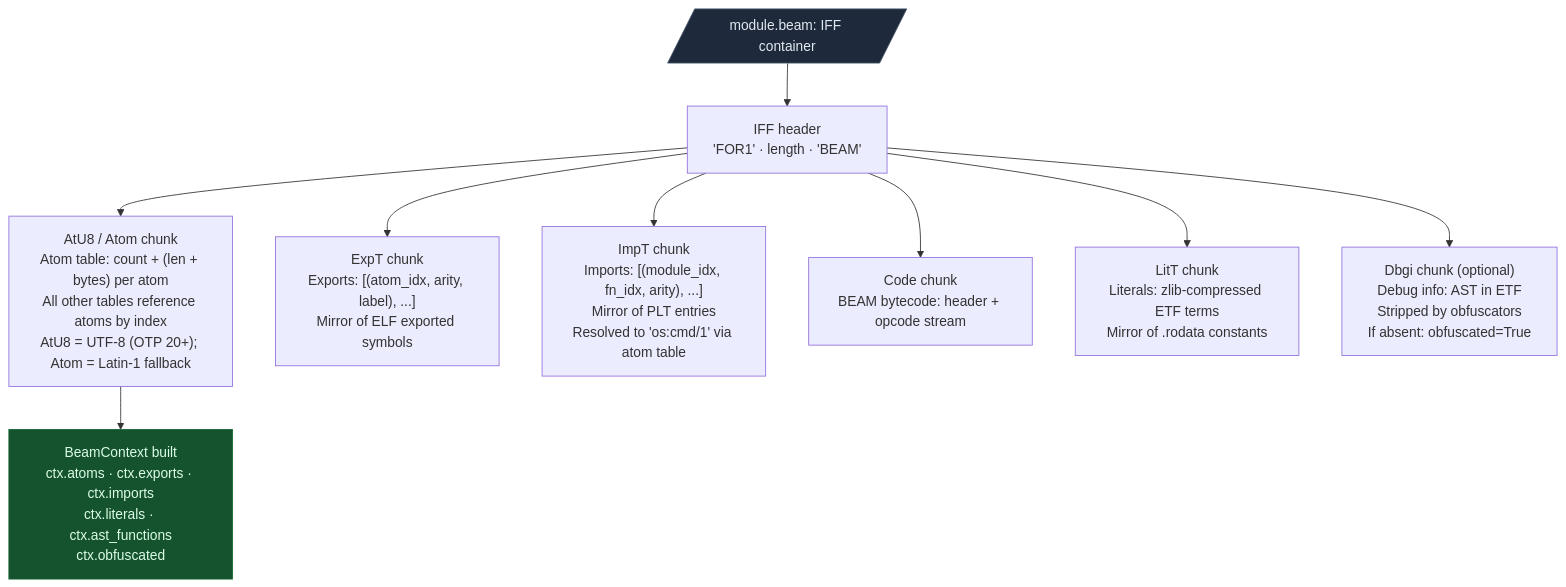
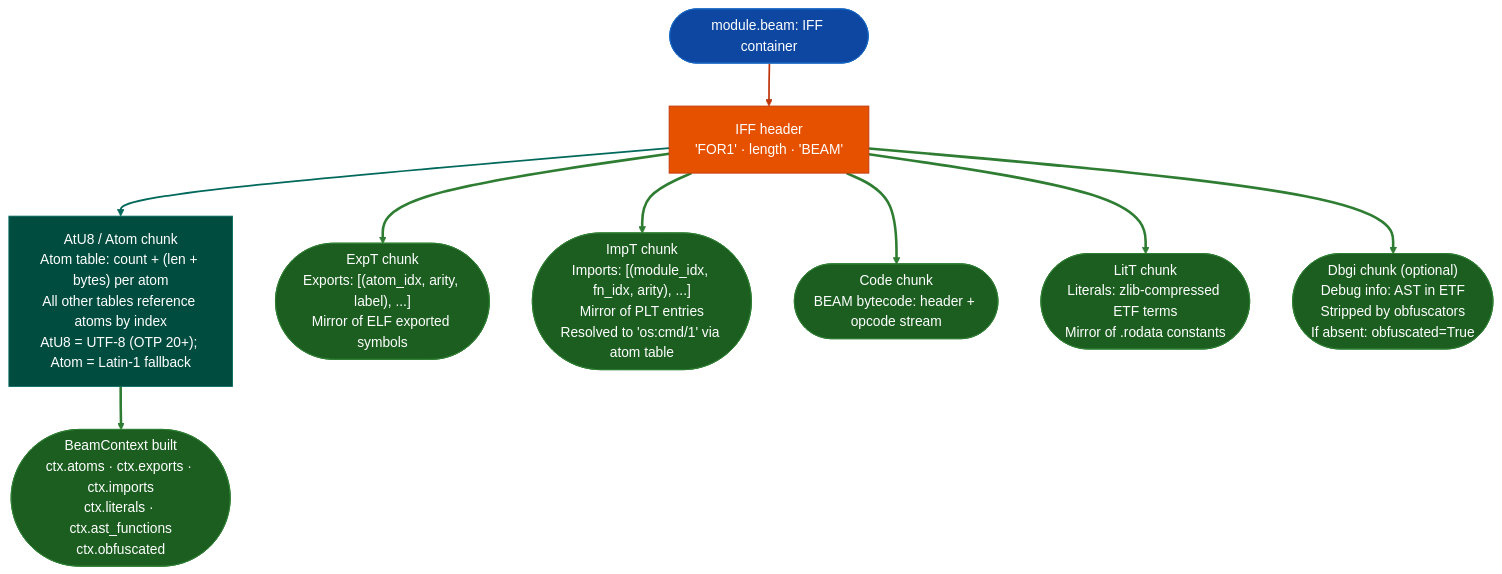
One commit to Ablation-Tool/ablation changed the diagram in docs/reference-modules/beam.md. Above: the diagram before and after it, drawn with Mermaid. The commit also changed 320 other files, not shown here.

First line of the commit message:
docs: apply canonical Mermaid template to all 321 diagrams

````diff
--- a/docs/reference-modules/beam.md
+++ b/docs/reference-modules/beam.md
@@ -64,21 +64,32 @@
 ```mermaid
 flowchart TD
-    A[/"module.beam: IFF container"/] --> B["IFF header\n'FOR1' · length · 'BEAM'"]
+    A(["module.beam: IFF container"]):::input --> B["IFF header\n'FOR1' · length · 'BEAM'"]:::primary
 
-    B --> C["AtU8 / Atom chunk\nAtom table: count + (len + bytes) per atom\nAll other tables reference atoms by index\nAtU8 = UTF-8 (OTP 20+); Atom = Latin-1 fallback"]
+    B:::primary --> C["AtU8 / Atom chunk\nAtom table: count + (len + bytes) per atom\nAll other tables reference atoms by index\nAtU8 = UTF-8 (OTP 20+); Atom = Latin-1 fallback"]:::secondary
 
-    B --> D["ExpT chunk\nExports: [(atom_idx, arity, label), ...]\nMirror of ELF exported symbols"]
+    B:::primary --> D(["ExpT chunk\nExports: [(atom_idx, arity, label), ...]\nMirror of ELF exported symbols"]):::output
 
-    B --> E["ImpT chunk\nImports: [(module_idx, fn_idx, arity), ...]\nMirror of PLT entries\nResolved to 'os:cmd/1' via atom table"]
+    B:::primary --> E(["ImpT chunk\nImports: [(module_idx, fn_idx, arity), ...]\nMirror of PLT entries\nResolved to 'os:cmd/1' via atom table"]):::output
 
-    B --> F["Code chunk\nBEAM bytecode: header + opcode stream"]
+    B:::primary --> F(["Code chunk\nBEAM bytecode: header + opcode stream"]):::output
 
-    B --> G["LitT chunk\nLiterals: zlib-compressed ETF terms\nMirror of .rodata constants"]
+    B:::primary --> G(["LitT chunk\nLiterals: zlib-compressed ETF terms\nMirror of .rodata constants"]):::output
 
-    B --> H["Dbgi chunk (optional)\nDebug info: AST in ETF\nStripped by obfuscators\nIf absent: obfuscated=True"]
+    B:::primary --> H(["Dbgi chunk (optional)\nDebug info: AST in ETF\nStripped by obfuscators\nIf absent: obfuscated=True"]):::output
 
-    C --> I["BeamContext built\nctx.atoms · ctx.exports · ctx.imports\nctx.literals · ctx.ast_functions\nctx.obfuscated"]
-
-    style A fill:#1e293b,stroke:#475569,color:#e2e8f0
-    style I fill:#14532d,stroke:#166534,color:#dcfce7
+    C:::secondary --> I(["BeamContext built\nctx.atoms · ctx.exports · ctx.imports\nctx.literals · ctx.ast_functions\nctx.obfuscated"]):::output
+    classDef input     fill:#0d47a1,stroke:#1565c0,color:#fff
+    classDef primary   fill:#e65100,stroke:#bf360c,color:#fff
+    classDef secondary fill:#004d40,stroke:#00695c,color:#fff
+    classDef tertiary  fill:#4a148c,stroke:#6a1b9a,color:#fff
+    classDef neutral   fill:#37474f,stroke:#546e7a,color:#fff
+    classDef output    fill:#1b5e20,stroke:#2e7d32,color:#fff
+    linkStyle 0 stroke:#bf360c,stroke-width:2px
+    linkStyle 1 stroke:#00695c,stroke-width:2px
+    linkStyle 2 stroke:#2e7d32,stroke-width:3px
+    linkStyle 3 stroke:#2e7d32,stroke-width:3px
+    linkStyle 4 stroke:#2e7d32,stroke-width:3px
+    linkStyle 5 stroke:#2e7d32,stroke-width:3px
+    linkStyle 6 stroke:#2e7d32,stroke-width:3px
+    linkStyle 7 stroke:#2e7d32,stroke-width:3px
 ```
````
